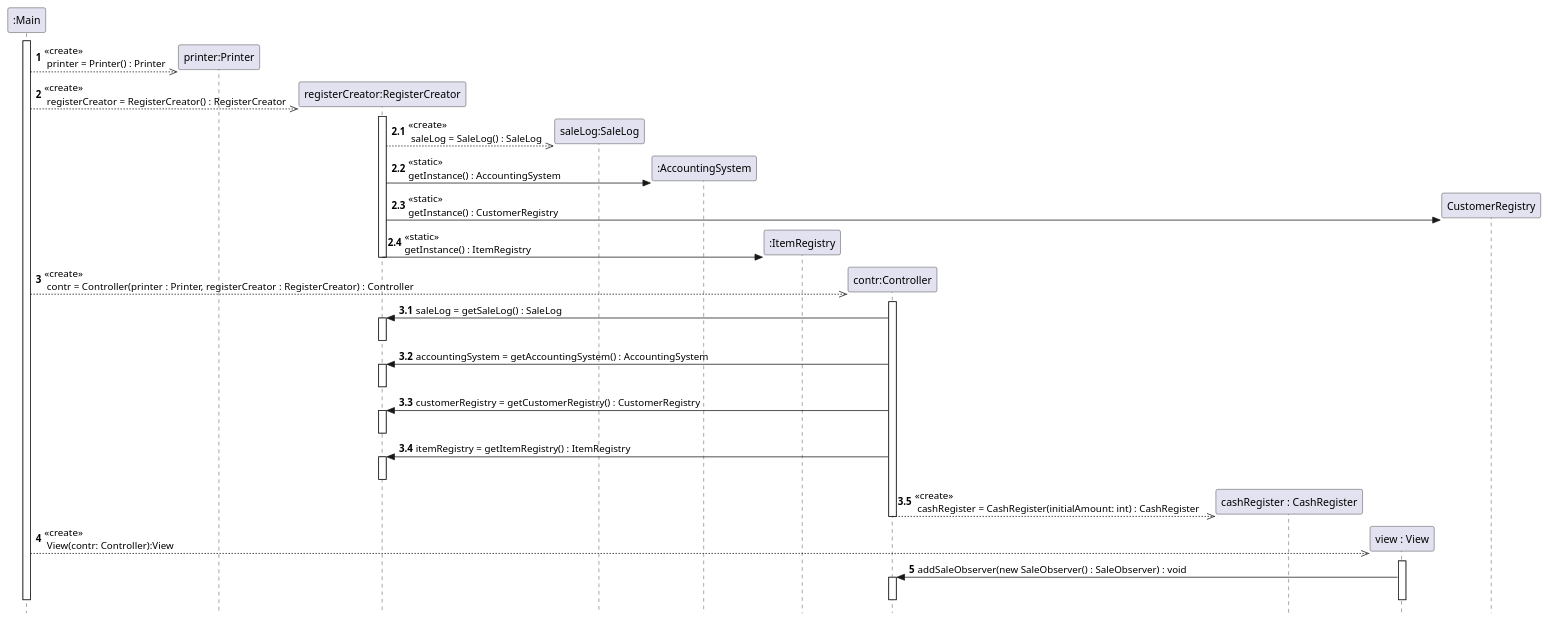
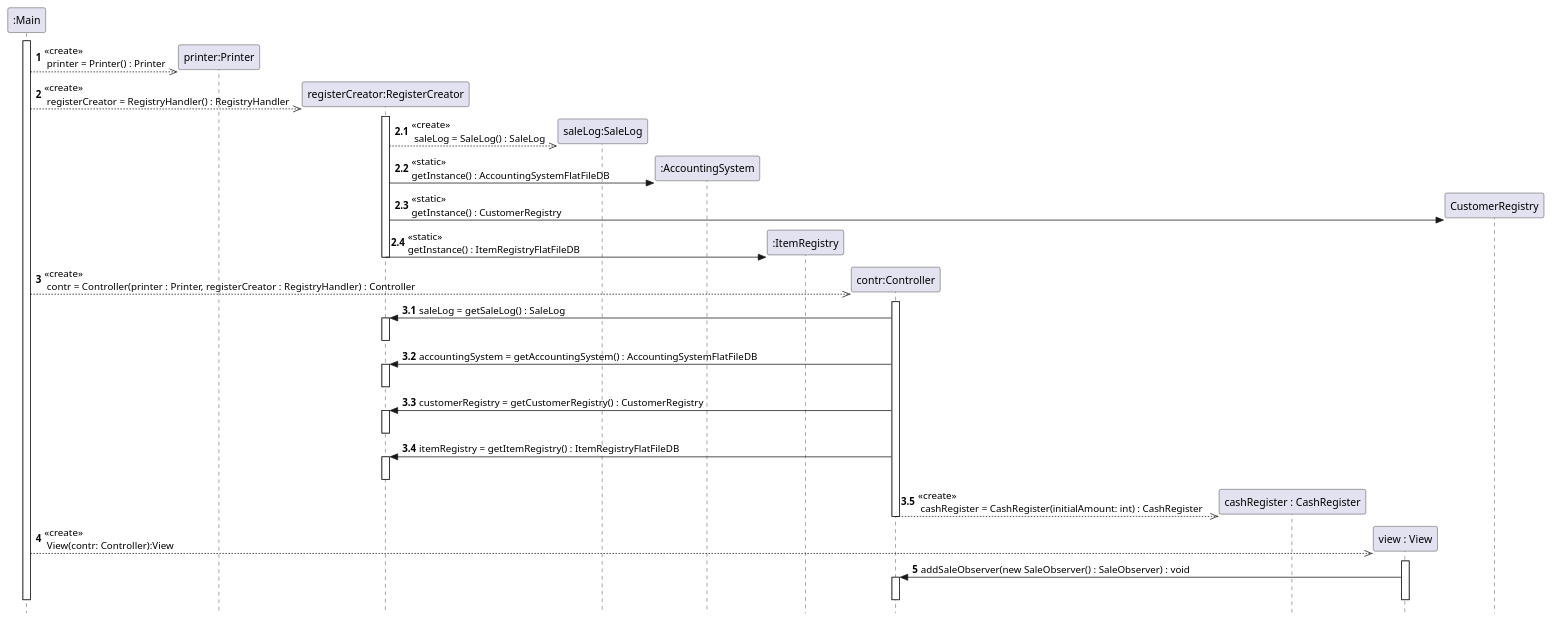
One commit to VincentFerrigan/kth-iv1350-object-oriented-design changed the third of 11 diagrams in uml/uml_v3.puml. Above: the diagram before and after it, drawn with PlantUML. The commit also changed other lines of this file and 48 other files, not shown here.

```diff
--- a/uml/uml_v3.puml
+++ b/uml/uml_v3.puml
@@ -463,93 +533,93 @@
 @startuml
 skinparam style strictuml
 participant ":Main" as Main
 participant "printer:Printer" as printer
 participant "registerCreator:RegisterCreator" as registerCreator
 participant "saleLog:SaleLog" as saleLog
-participant ":AccountingSystem" as AccountingSystem
+participant ":AccountingSystem" as AccountingSystemFlatFileDB
 
-participant ":ItemRegistry" as ItemRegistry
+participant ":ItemRegistry" as ItemRegistryFlatFileDB
 participant "contr:Controller" as contr
 participant "cashRegister : CashRegister" as cashRegister
 participant "view : View" as view
 ' user -> Main: main()
 activate Main
 create printer
 autonumber 1
 Main -[dashed]->> printer : <<create>>\n printer = Printer() : Printer
 
 create registerCreator
 autonumber 2
-Main -[dashed]->> registerCreator : <<create>>\n registerCreator = RegisterCreator() : RegisterCreator
+Main -[dashed]->> registerCreator : <<create>>\n registerCreator = RegistryHandler() : RegistryHandler
 activate registerCreator
 
 autonumber 2.1
 create saleLog
 registerCreator -[dashed]->> saleLog : <<create>>\n saleLog = SaleLog() : SaleLog
 
-create AccountingSystem
+create AccountingSystemFlatFileDB
 autonumber 2.2
-registerCreator -> AccountingSystem : <<static>>\ngetInstance() : AccountingSystem
+registerCreator -> AccountingSystemFlatFileDB : <<static>>\ngetInstance() : AccountingSystemFlatFileDB
 
 create CustomerRegistry
 autonumber 2.3
 registerCreator -> CustomerRegistry : <<static>>\ngetInstance() : CustomerRegistry
-'activate CustomerRegister
-'deactivate CustomerRegister
+'activate CustomerRegistryFlatFileDB
+'deactivate CustomerRegistryFlatFileDB
 
-create ItemRegistry
+create ItemRegistryFlatFileDB
 autonumber 2.4
-registerCreator -> ItemRegistry: <<static>>\ngetInstance() : ItemRegistry
+registerCreator -> ItemRegistryFlatFileDB: <<static>>\ngetInstance() : ItemRegistryFlatFileDB
 'activate ItemRegistry
 'deactivate ItemRegistry
 deactivate registerCreator
 
 autonumber 3
 create contr
-Main -[dashed]->> contr : <<create>>\n contr = Controller(printer : Printer, registerCreator : RegisterCreator) : Controller
+Main -[dashed]->> contr : <<create>>\n contr = Controller(printer : Printer, registerCreator : RegistryHandler) : Controller
 activate contr
 
 autonumber 3.1
 contr -> registerCreator : saleLog = getSaleLog() : SaleLog
 activate registerCreator
 deactivate registerCreator
 
 autonumber 3.2
-contr -> registerCreator : accountingSystem = getAccountingSystem() : AccountingSystem
+contr -> registerCreator : accountingSystem = getAccountingSystem() : AccountingSystemFlatFileDB
 activate registerCreator
 deactivate registerCreator
 
 autonumber 3.3
 contr -> registerCreator : customerRegistry = getCustomerRegistry() : CustomerRegistry
 activate registerCreator
 deactivate registerCreator
 
 autonumber 3.4
-contr -> registerCreator : itemRegistry = getItemRegistry() : ItemRegistry
+contr -> registerCreator : itemRegistry = getItemRegistry() : ItemRegistryFlatFileDB
 activate registerCreator
 deactivate registerCreator
 
 create cashRegister
 autonumber 3.5
 contr -[dashed]->> cashRegister : <<create>>\n cashRegister = CashRegister(initialAmount: int) : CashRegister
 'activate cashRegister
 'deactivate cashRegister
 'TODO ska jag lägga till att contr skapar en Lista för SaleObservers?
 deactivate contr
 
 create view
 autonumber 4
 Main -[dashed]->> view : <<create>>\n View(contr: Controller):View
 activate view
 
 autonumber 5
 view -> contr : addSaleObserver(new SaleObserver() : SaleObserver) : void
 activate contr
 deactivate contr
 deactivate view
 deactivate Main
 'TODO ska jag lägga till att view skapar observers?
 'TODO ska jag lägga till att view anropar contr för alla RegisterObservers?
 'TODO ska jag lägga till att view anropar contr för alla SaleObservers?
 
 @enduml
```
